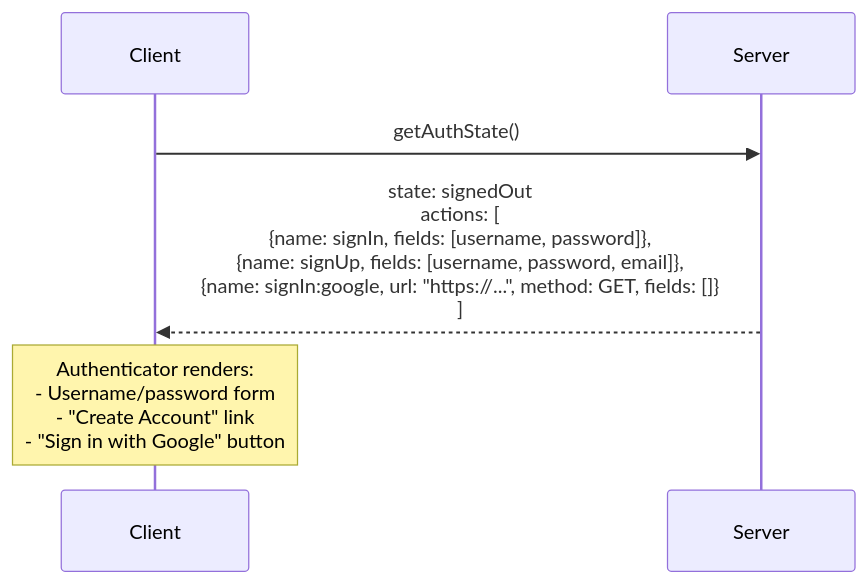
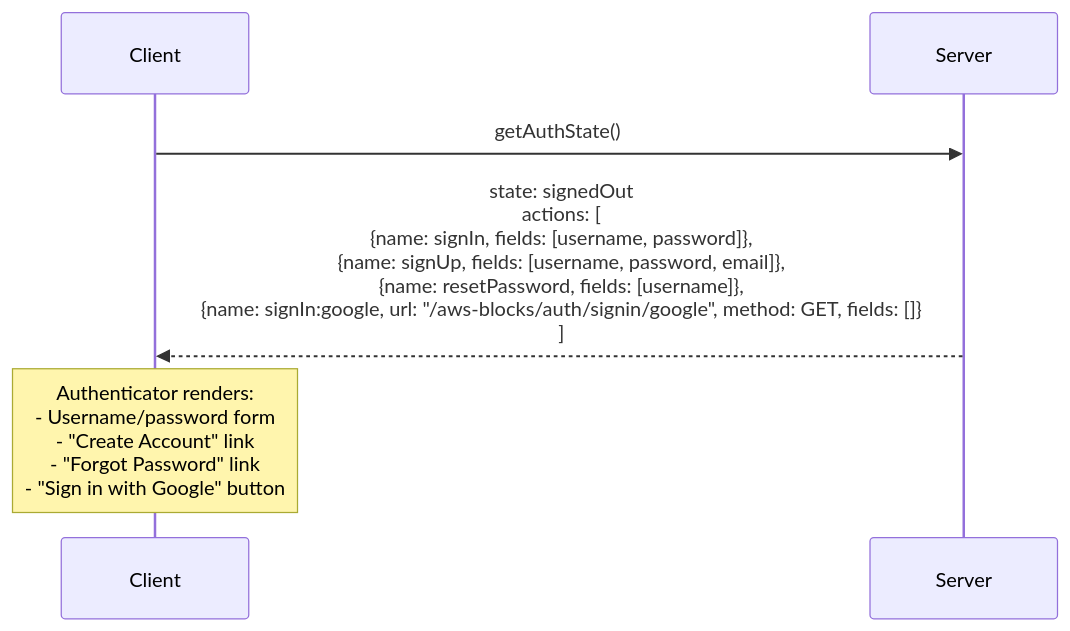
One commit to aws-devtools-labs/aws-blocks changed the seventh of 7 diagrams in packages/auth-common/DESIGN.md. Above: the diagram before and after it, drawn with Mermaid. The commit also changed other lines of this file and 36 other files, not shown here.

````diff
--- a/packages/auth-common/DESIGN.md
+++ b/packages/auth-common/DESIGN.md
@@ -167,10 +155,10 @@
 ```mermaid
 sequenceDiagram
 	participant C as Client
 	participant S as Server
 
 	C->>S: getAuthState()
-	S-->>C: state: signedOut<br/>actions: [<br/>{name: signIn, fields: [username, password]},<br/>{name: signUp, fields: [username, password, email]},<br/>{name: signIn:google, url: "https://...", method: GET, fields: []}<br/>]
+	S-->>C: state: signedOut<br/>actions: [<br/>{name: signIn, fields: [username, password]},<br/>{name: signUp, fields: [username, password, email]},<br/>{name: resetPassword, fields: [username]},<br/>{name: signIn:google, url: "/aws-blocks/auth/signin/google", method: GET, fields: []}<br/>]
 
-	Note over C: Authenticator renders:<br/>- Username/password form<br/>- "Create Account" link<br/>- "Sign in with Google" button
+	Note over C: Authenticator renders:<br/>- Username/password form<br/>- "Create Account" link<br/>- "Forgot Password" link<br/>- "Sign in with Google" button
 ```
````
